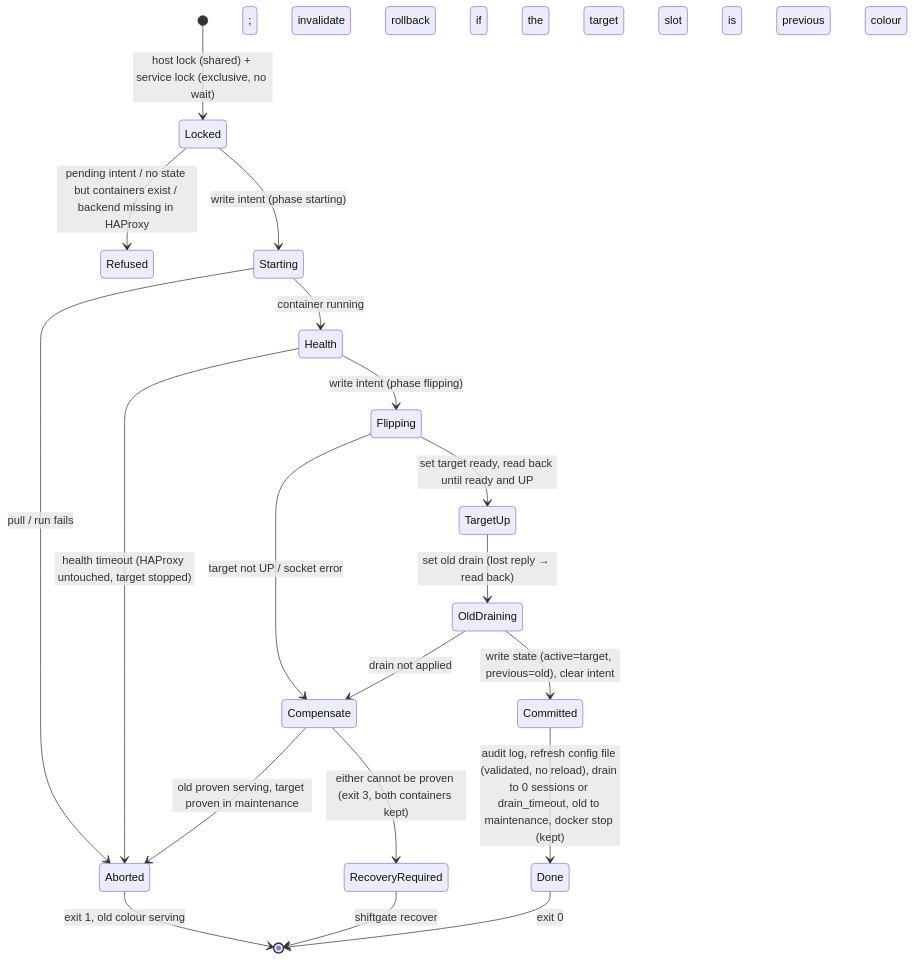
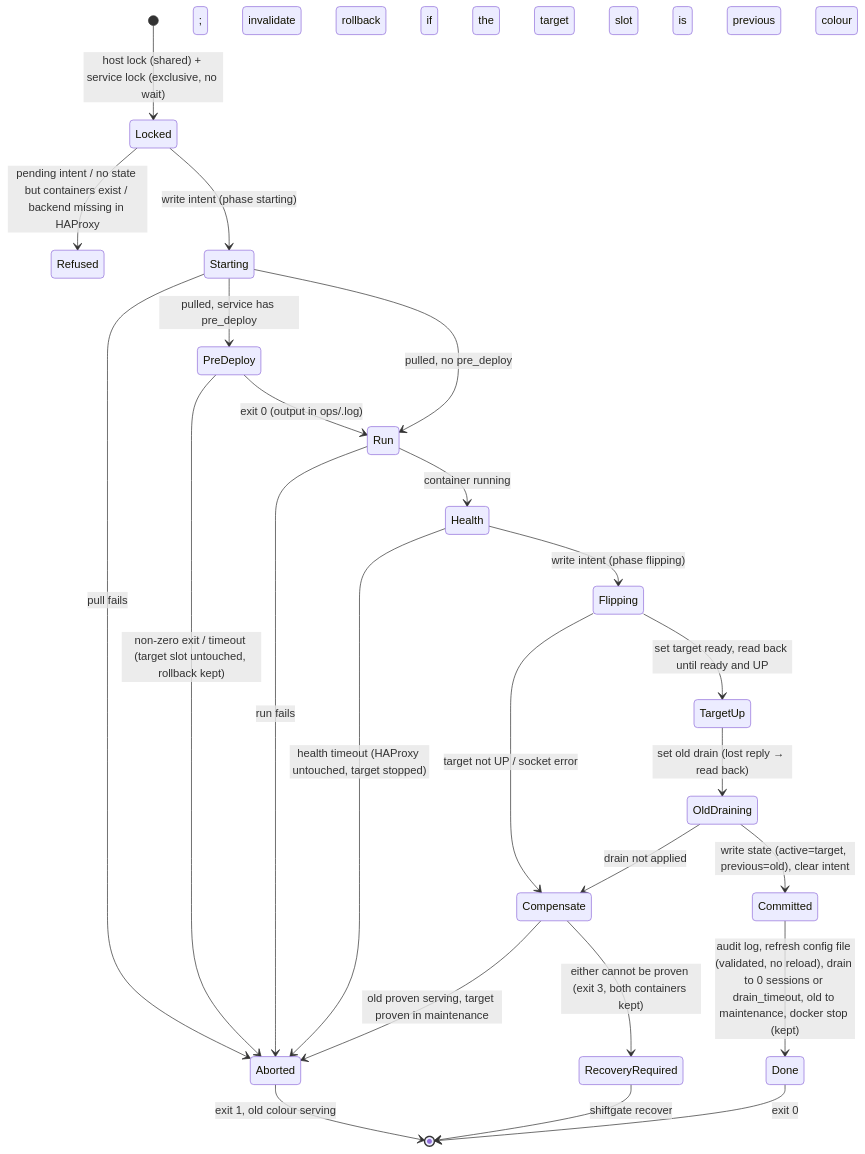
The diagram in docs/design.md (mgh3326/shiftgate), drawn with Mermaid before and after one commit. The commit also changed other lines of this file and 27 other files, not shown here.

First line of the commit message:
feat: close the k3s gaps — check/heal, pre_deploy, follow, log limits, status metrics (#3)

````diff
--- a/docs/design.md
+++ b/docs/design.md
@@ -37,21 +43,26 @@
 ```mermaid
 stateDiagram-v2
     [*] --> Locked: host lock (shared) + service lock (exclusive, no wait)
     Locked --> Refused: pending intent / no state but containers exist / backend missing in HAProxy
     Locked --> Starting: write intent (phase starting); invalidate rollback if the target slot is the previous colour
-    Starting --> Aborted: pull / run fails
-    Starting --> Health: container running
+    Starting --> Aborted: pull fails
+    Starting --> PreDeploy: pulled, service has pre_deploy
+    PreDeploy --> Aborted: non-zero exit / timeout (target slot untouched, rollback kept)
+    PreDeploy --> Run: exit 0 (output in ops/<op_id>.log)
+    Starting --> Run: pulled, no pre_deploy
+    Run --> Aborted: run fails
+    Run --> Health: container running
     Health --> Aborted: health timeout (HAProxy untouched, target stopped)
     Health --> Flipping: write intent (phase flipping)
     Flipping --> TargetUp: set target ready, read back until ready and UP
     TargetUp --> OldDraining: set old drain (lost reply → read back)
     Flipping --> Compensate: target not UP / socket error
     OldDraining --> Compensate: drain not applied
     Compensate --> Aborted: old proven serving, target proven in maintenance
     Compensate --> RecoveryRequired: either cannot be proven (exit 3, both containers kept)
     OldDraining --> Committed: write state (active=target, previous=old), clear intent
     Committed --> Done: audit log, refresh config file (validated, no reload), drain to 0 sessions or drain_timeout, old to maintenance, docker stop (kept)
     Aborted --> [*]: exit 1, old colour serving
     RecoveryRequired --> [*]: shiftgate recover <svc>
     Done --> [*]: exit 0
 ```
````
